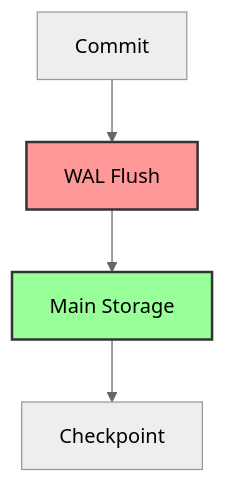
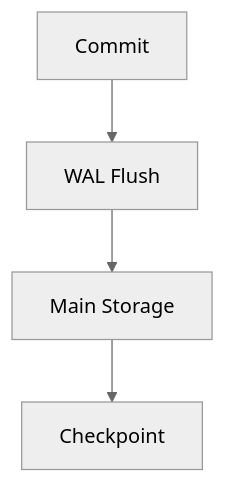
Before and after one commit to nexepic/zyx: the fifth of 9 diagrams in docs/en/architecture/transactions.md, drawn with Mermaid (neutral theme). The commit also changed other lines of this file and 165 other files, not shown here.

````diff
--- a/docs/en/architecture/transactions.md
+++ b/docs/en/architecture/transactions.md
@@ -98,9 +93,6 @@
 ```mermaid
 graph TD
     A[Commit] --> B[WAL Flush]
     B --> C[Main Storage]
     C --> D[Checkpoint]
-
-    style B fill:#f99,stroke:#333,stroke-width:2px
-    style C fill:#9f9,stroke:#333,stroke-width:2px
 ```
````
